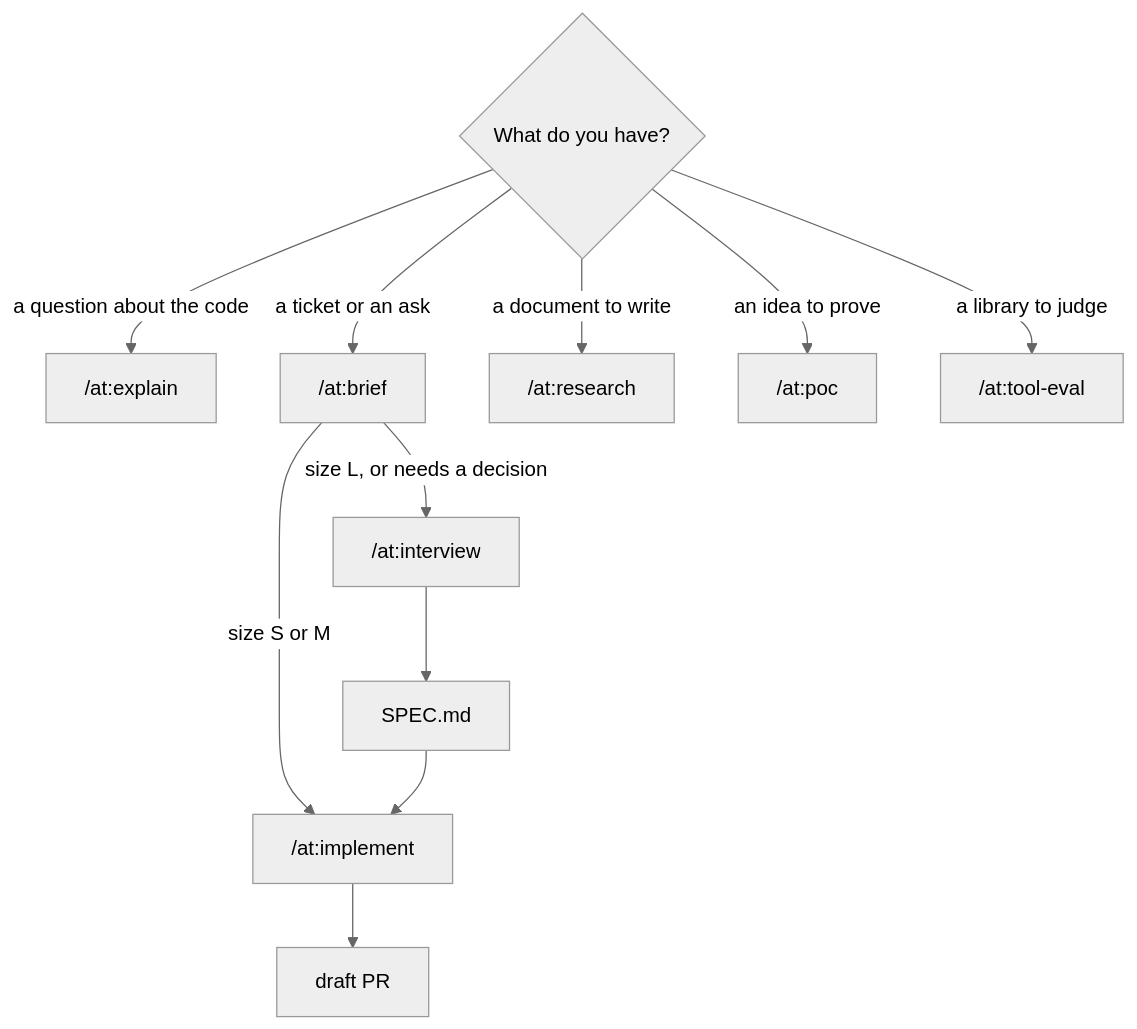
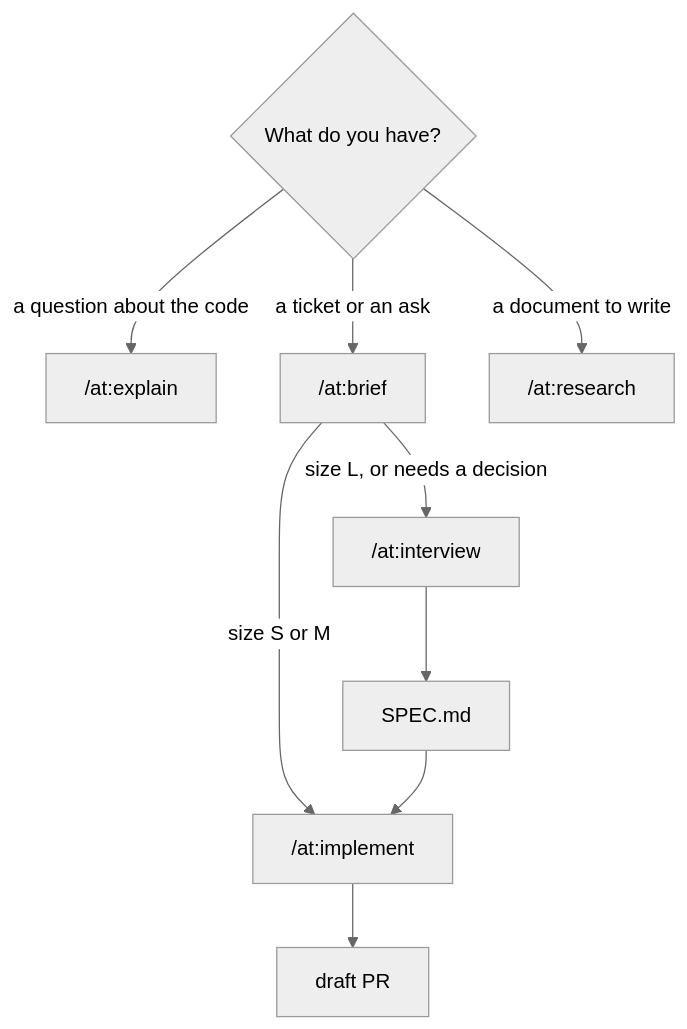
The diagram in README.md (andytavares/claude), drawn with Mermaid (neutral theme) before and after one commit. The commit also changed other lines of this file and 3 other files, not shown here.

Commit message:
feat!: remove the poc, ticket and tool-eval skills

````diff
--- a/README.md
+++ b/README.md
@@ -33,12 +33,10 @@
 ```mermaid
 flowchart TD
   Q{"What do you have?"}
   Q -->|"a question about the code"| EX["/at:explain"]
   Q -->|"a ticket or an ask"| BR["/at:brief"]
   Q -->|"a document to write"| RS["/at:research"]
-  Q -->|"an idea to prove"| PC["/at:poc"]
-  Q -->|"a library to judge"| TE["/at:tool-eval"]
   BR -->|"size S or M"| IM["/at:implement"]
   BR -->|"size L, or needs a decision"| IV["/at:interview"] --> SP["SPEC.md"] --> IM
   IM --> PR["draft PR"]
 ```
````
